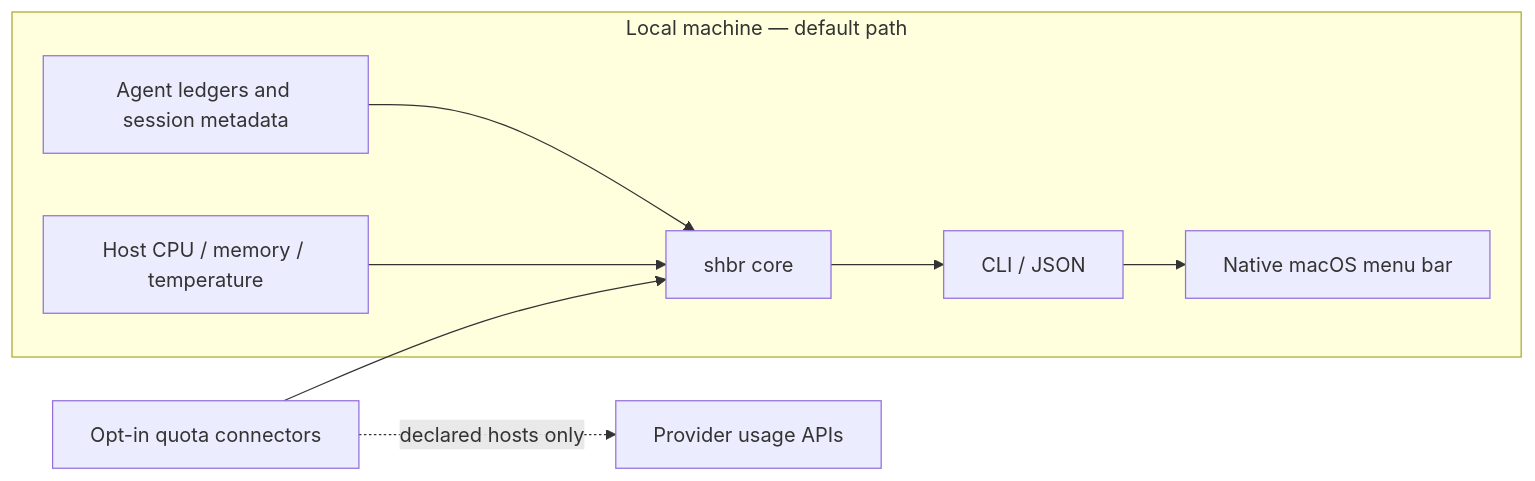
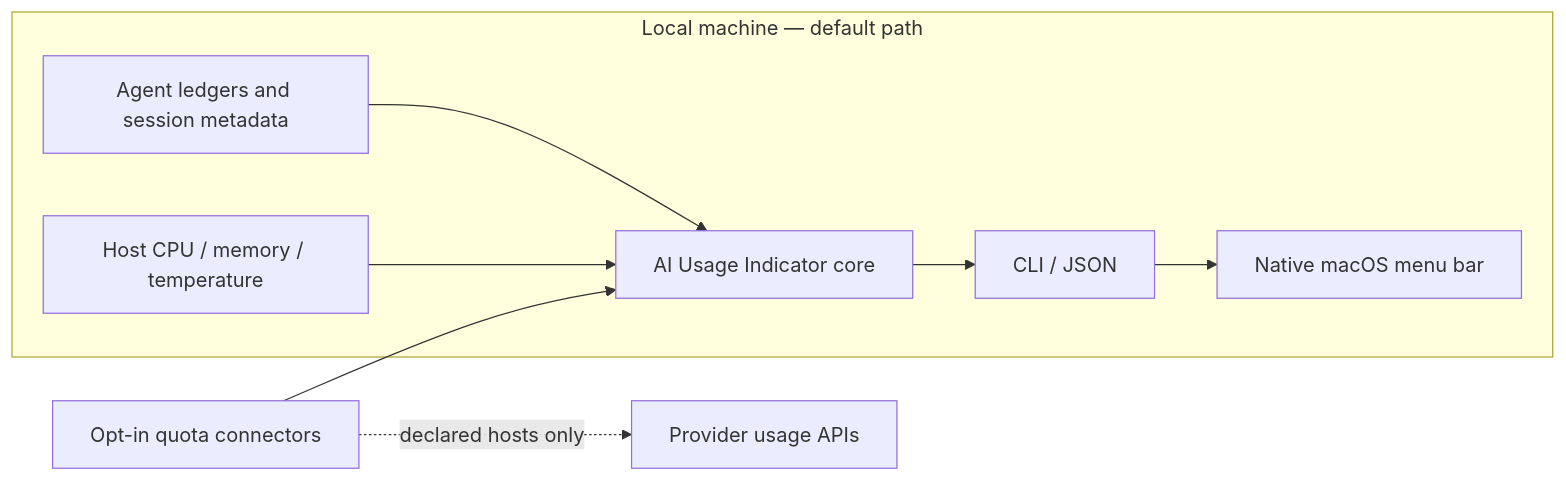
One commit to L-SHawn91/shbr changed the diagram in README.md. Above: the diagram before and after it, drawn with Mermaid. The commit also changed other lines of this file and 18 other files, not shown here.

Commit message:
refactor: rename product to AI Usage Indicator

````diff
--- a/README.md
+++ b/README.md
@@ -49,11 +74,11 @@
 ```mermaid
 flowchart LR
   subgraph Local["Local machine — default path"]
-    L["Agent ledgers and session metadata"] --> C["shbr core"]
+    L["Agent ledgers and session metadata"] --> C["AI Usage Indicator core"]
     S["Host CPU / memory / temperature"] --> C
     C --> J["CLI / JSON"]
     J --> M["Native macOS menu bar"]
   end
   O["Opt-in quota connectors"] -. "declared hosts only" .-> P["Provider usage APIs"]
   O --> C
 ```
````
